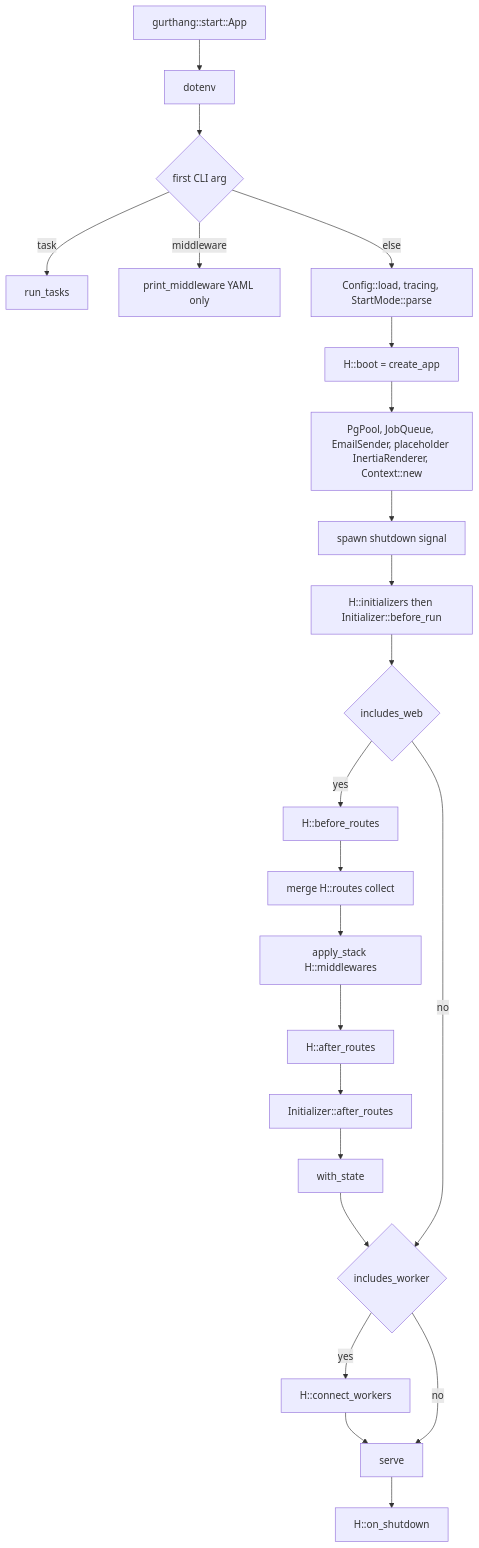
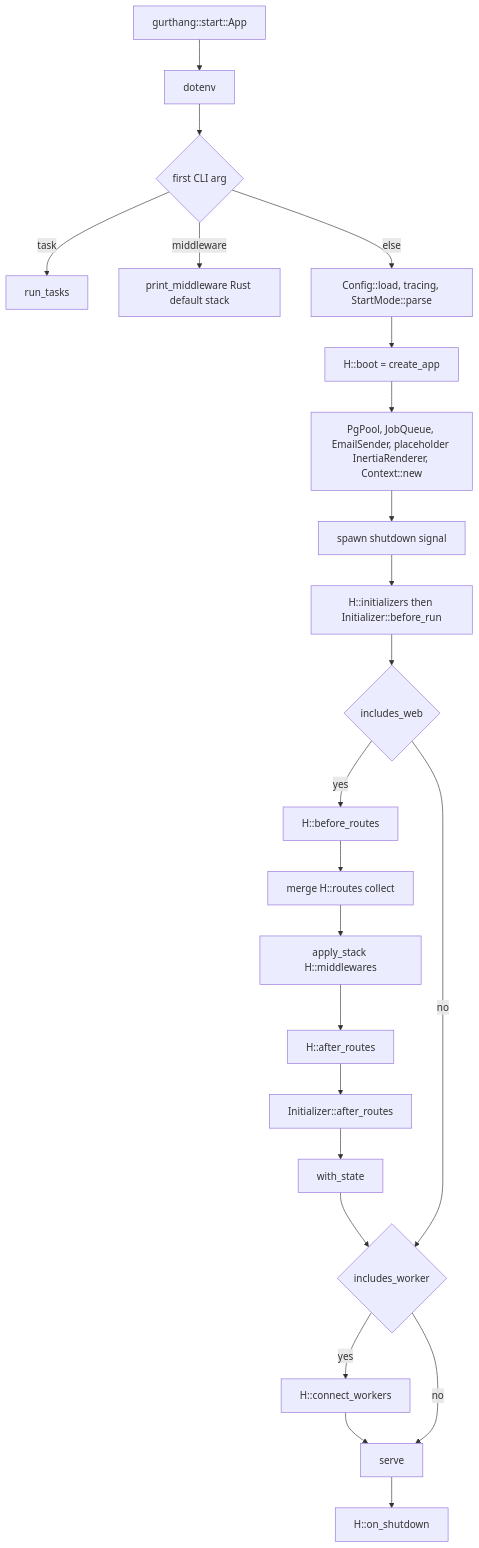
One commit to mbvlabs/gurthang changed the first of 2 diagrams in docs/lifecycle.md. Above: the diagram before and after it, drawn with Mermaid. The commit also changed other lines of this file and 45 other files, not shown here.

````diff
--- a/docs/lifecycle.md
+++ b/docs/lifecycle.md
@@ -67,33 +66,33 @@
 ```mermaid
 flowchart TD
   start["gurthang::start::App"]
   dotenv[dotenv]
   arg{first CLI arg}
   tasks[run_tasks]
-  yaml[print_middleware YAML only]
+  yaml[print_middleware Rust default stack]
   load["Config::load, tracing, StartMode::parse"]
   boot["H::boot = create_app"]
   ctx["PgPool, JobQueue, EmailSender, placeholder InertiaRenderer, Context::new"]
   sig[spawn shutdown signal]
   inits["H::initializers then Initializer::before_run"]
   web{includes_web}
   before[H::before_routes]
   routes["merge H::routes collect"]
   stack["apply_stack H::middlewares"]
   afterH["H::after_routes"]
   afterI["Initializer::after_routes"]
   state[with_state]
   worker{includes_worker}
   connect[H::connect_workers]
   serve[serve]
   down[H::on_shutdown]
   start --> dotenv --> arg
   arg -->|task| tasks
   arg -->|middleware| yaml
   arg -->|else| load --> boot --> ctx --> sig --> inits --> web
   web -->|yes| before --> routes --> stack --> afterH --> afterI --> state --> worker
   web -->|no| worker
   worker -->|yes| connect --> serve
   worker -->|no| serve
   serve --> down
 ```
````
